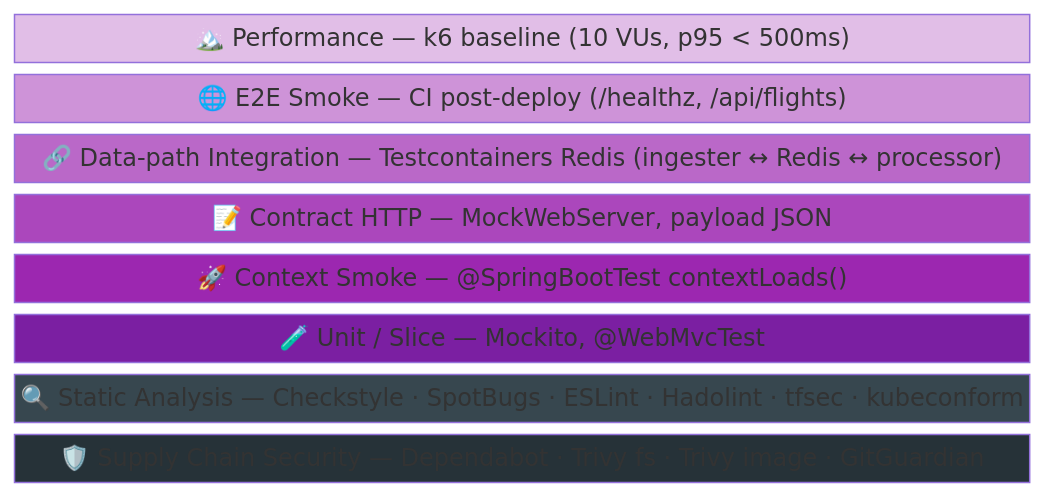
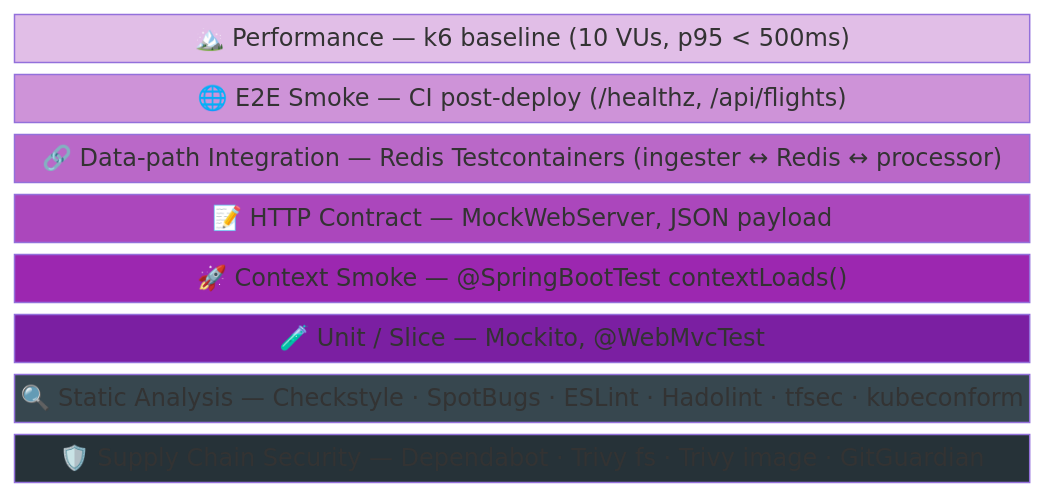
Before and after one commit to ClementV78/CloudRadar: the fourth of 9 diagrams in docs/code-reviews/test-strategy-review.md, drawn with Mermaid. The commit also changed other lines of this file and 2 other files, not shown here.

````diff
--- a/docs/code-reviews/test-strategy-review.md
+++ b/docs/code-reviews/test-strategy-review.md
@@ -579,22 +577,22 @@
 ```mermaid
 block-beta
   columns 1
 
   P["🏔️ Performance — k6 baseline (10 VUs, p95 < 500ms)"]
   E["🌐 E2E Smoke — CI post-deploy (/healthz, /api/flights)"]
-  D["🔗 Data-path Integration — Testcontainers Redis (ingester ↔ Redis ↔ processor)"]
-  C["📝 Contract HTTP — MockWebServer, payload JSON"]
+  D["🔗 Data-path Integration — Redis Testcontainers (ingester ↔ Redis ↔ processor)"]
+  C["📝 HTTP Contract — MockWebServer, JSON payload"]
   S["🚀 Context Smoke — @SpringBootTest contextLoads()"]
   U["🧪 Unit / Slice — Mockito, @WebMvcTest"]
   SA["🔍 Static Analysis — Checkstyle · SpotBugs · ESLint · Hadolint · tfsec · kubeconform"]
   SC["🛡️ Supply Chain Security — Dependabot · Trivy fs · Trivy image · GitGuardian"]
 
   style P fill:#e1bee7,color:#000
   style E fill:#ce93d8,color:#000
   style D fill:#ba68c8,color:#fff
   style C fill:#ab47bc,color:#fff
   style S fill:#9c27b0,color:#fff
   style U fill:#7b1fa2,color:#fff
   style SA fill:#37474f,color:#fff
   style SC fill:#263238,color:#fff
 ```
````
